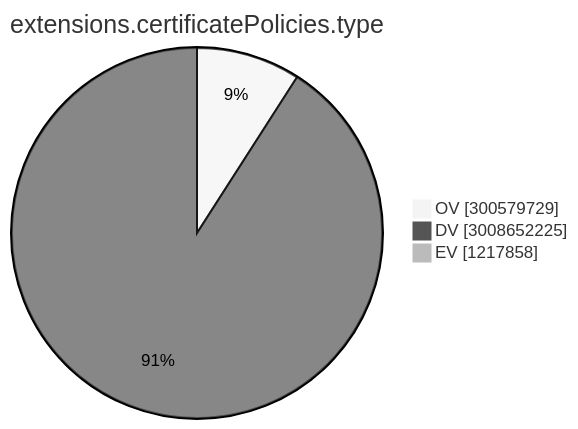
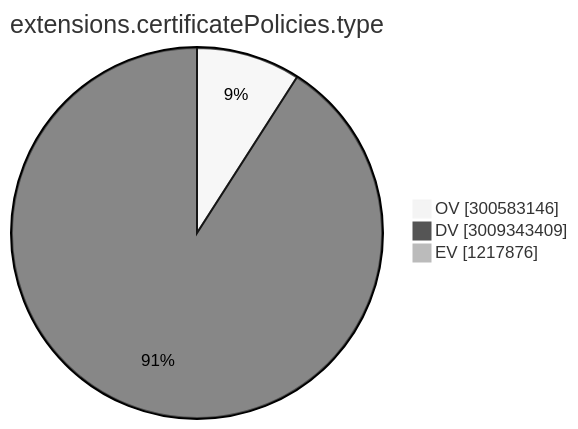
One commit to christiankrug/ctmonitor_visualization changed the ninth of 15 diagrams in TOTAL/README.md. Above: the diagram before and after it, drawn with Mermaid (neutral theme). The commit also changed other lines of this file, not shown here.

````diff
--- a/TOTAL/README.md
+++ b/TOTAL/README.md
@@ -3102,7 +3102,7 @@
 ```mermaid
 pie showData
 title extensions.certificatePolicies.type
-"OV" :300579729
-"DV" :3008652225
-"EV" :1217858
+"OV" :300583146
+"DV" :3009343409
+"EV" :1217876
 ```
````
